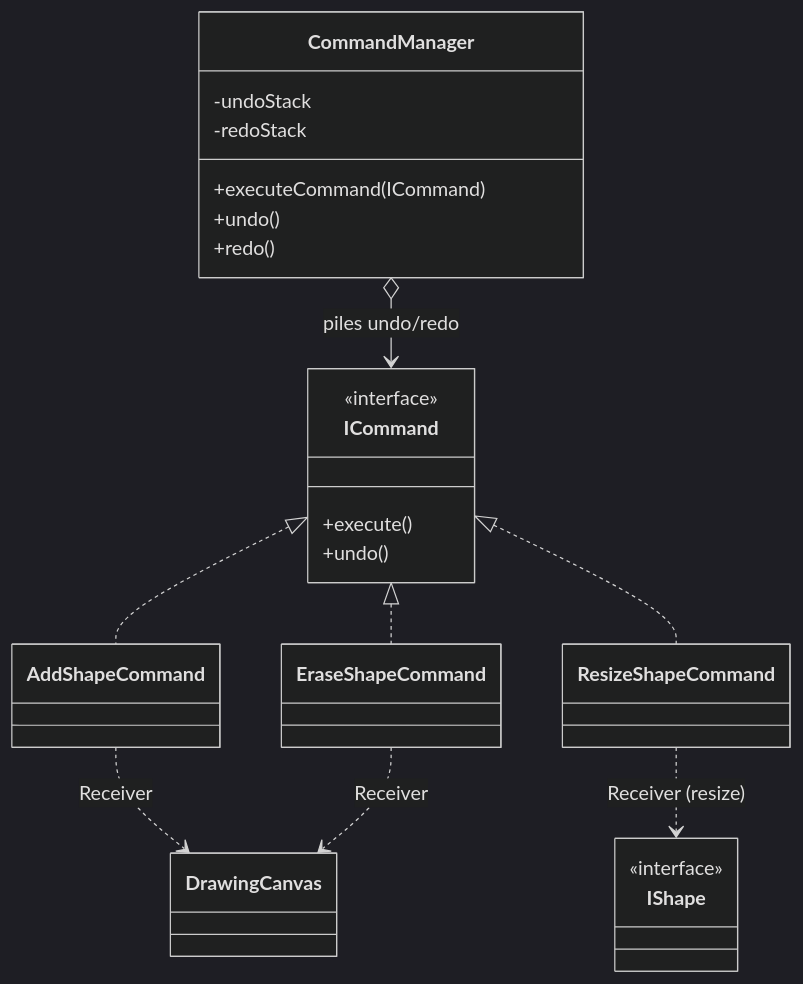
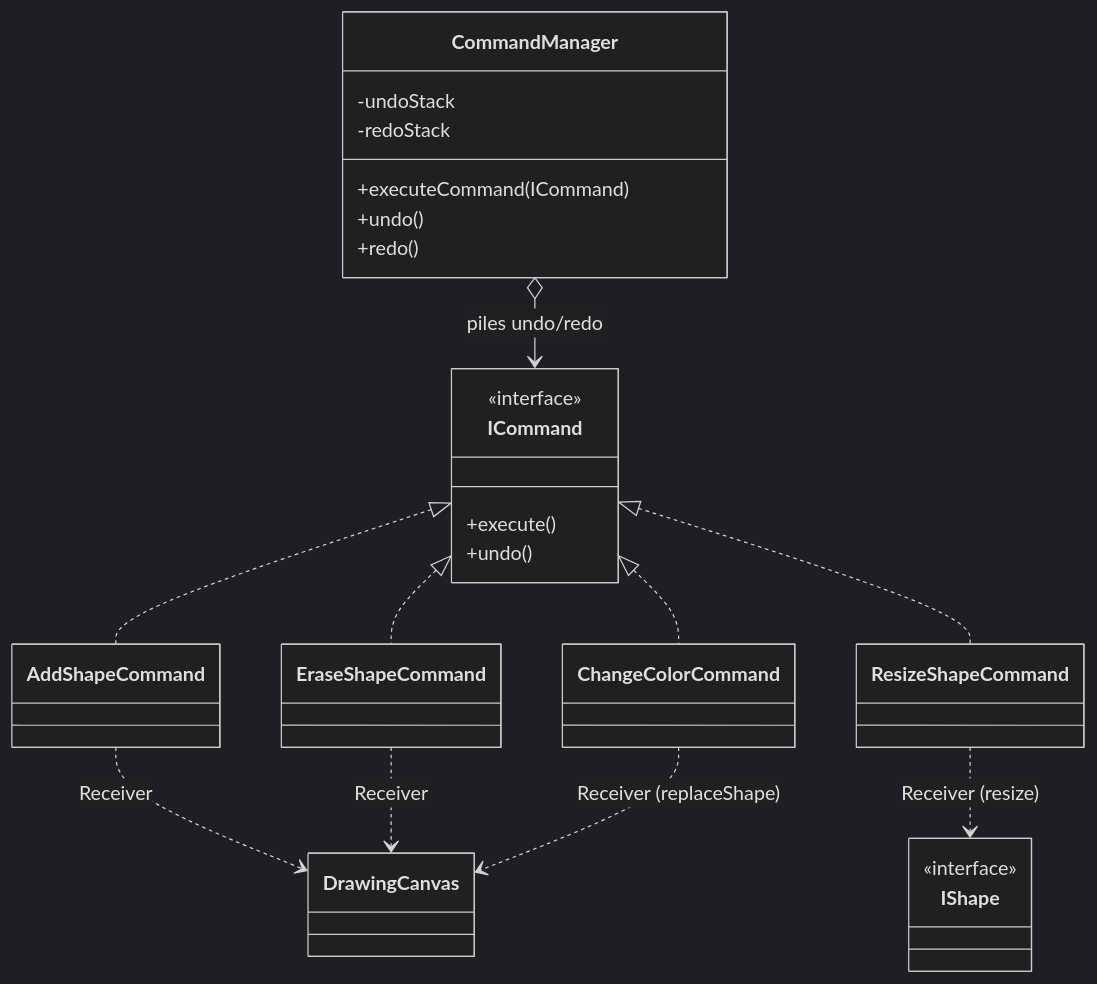
The third of 14 diagrams in DOCUMENTATION.md (yosrtaktak/DesignDraw), drawn with Mermaid (dark theme) before and after one commit. The commit also changed other lines of this file and 8 other files, not shown here.

````diff
--- a/DOCUMENTATION.md
+++ b/DOCUMENTATION.md
@@ -267,30 +272,33 @@
 ```mermaid
 classDiagram
     class ICommand {
         <<interface>>
         +execute()
         +undo()
     }
     class CommandManager {
         -undoStack
         -redoStack
         +executeCommand(ICommand)
         +undo()
         +redo()
     }
     class AddShapeCommand
     class EraseShapeCommand
     class ResizeShapeCommand
+    class ChangeColorCommand
     class DrawingCanvas
     class IShape {
         <<interface>>
     }
 
     ICommand <|.. AddShapeCommand
     ICommand <|.. EraseShapeCommand
     ICommand <|.. ResizeShapeCommand
+    ICommand <|.. ChangeColorCommand
     CommandManager o--> ICommand : piles undo/redo
     AddShapeCommand ..> DrawingCanvas : Receiver
     EraseShapeCommand ..> DrawingCanvas : Receiver
     ResizeShapeCommand ..> IShape : Receiver (resize)
+    ChangeColorCommand ..> DrawingCanvas : Receiver (replaceShape)
 ```
````
